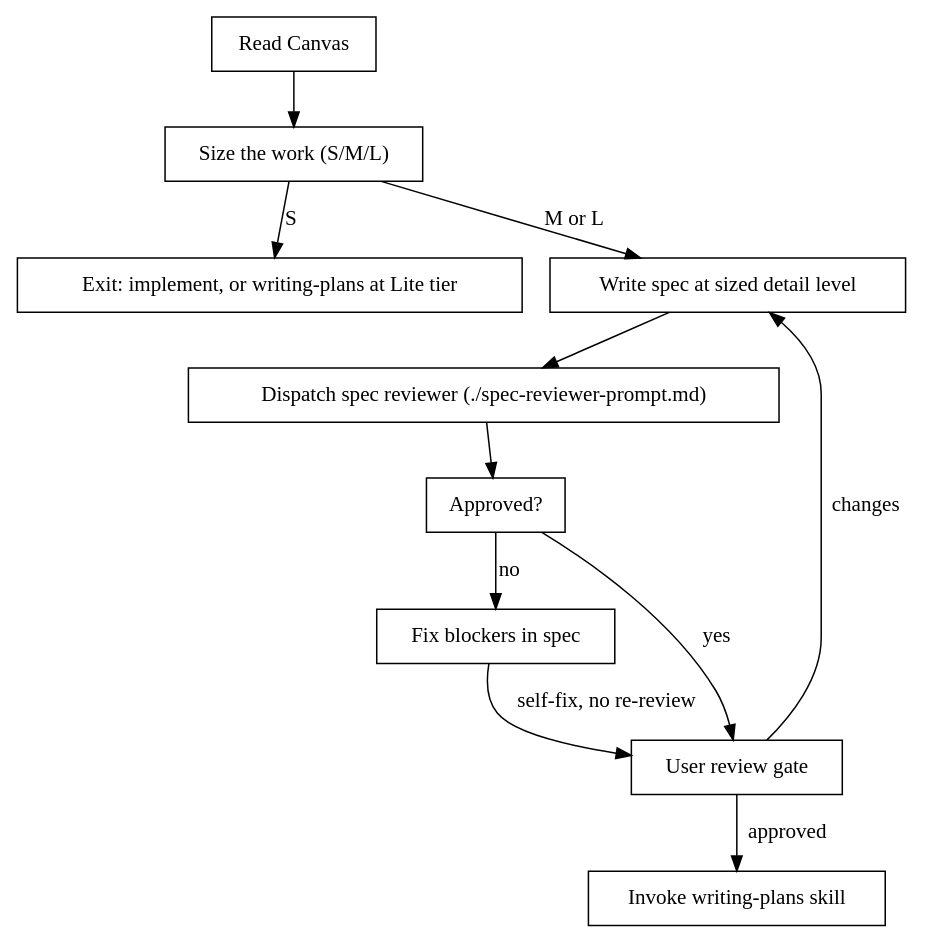
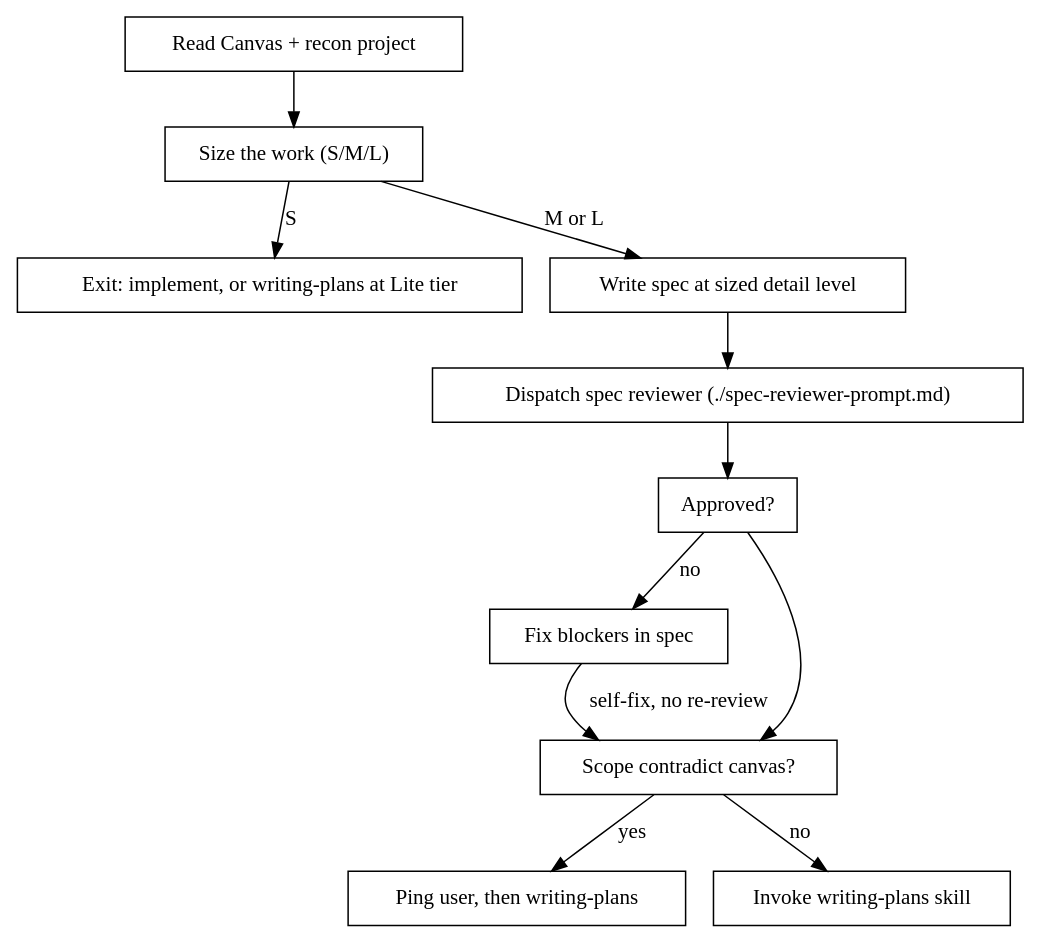
One commit to D3nnis72/Playbook changed the diagram in skills/write-spec/SKILL.md. Above: the diagram before and after it, drawn with Graphviz. The commit also changed other lines of this file and 4 other files, not shown here.

````diff
--- a/skills/write-spec/SKILL.md
+++ b/skills/write-spec/SKILL.md
@@ -38,17 +38,17 @@
 ```dot
 digraph write_spec {
     rankdir=TB;
     node [shape=box];
 
-    "Read Canvas" -> "Size the work (S/M/L)";
+    "Read Canvas + recon project" -> "Size the work (S/M/L)";
     "Size the work (S/M/L)" -> "Exit: implement, or writing-plans at Lite tier" [label="S"];
     "Size the work (S/M/L)" -> "Write spec at sized detail level" [label="M or L"];
     "Write spec at sized detail level" -> "Dispatch spec reviewer (./spec-reviewer-prompt.md)";
     "Dispatch spec reviewer (./spec-reviewer-prompt.md)" -> "Approved?";
     "Approved?" -> "Fix blockers in spec" [label="no"];
-    "Fix blockers in spec" -> "User review gate" [label="self-fix, no re-review"];
-    "Approved?" -> "User review gate" [label="yes"];
-    "User review gate" -> "Write spec at sized detail level" [label="changes"];
-    "User review gate" -> "Invoke writing-plans skill" [label="approved"];
+    "Fix blockers in spec" -> "Scope contradict canvas?" [label="self-fix, no re-review"];
+    "Approved?" -> "Scope contradict canvas?";
+    "Scope contradict canvas?" -> "Ping user, then writing-plans" [label="yes"];
+    "Scope contradict canvas?" -> "Invoke writing-plans skill" [label="no"];
 }
 ```
````
